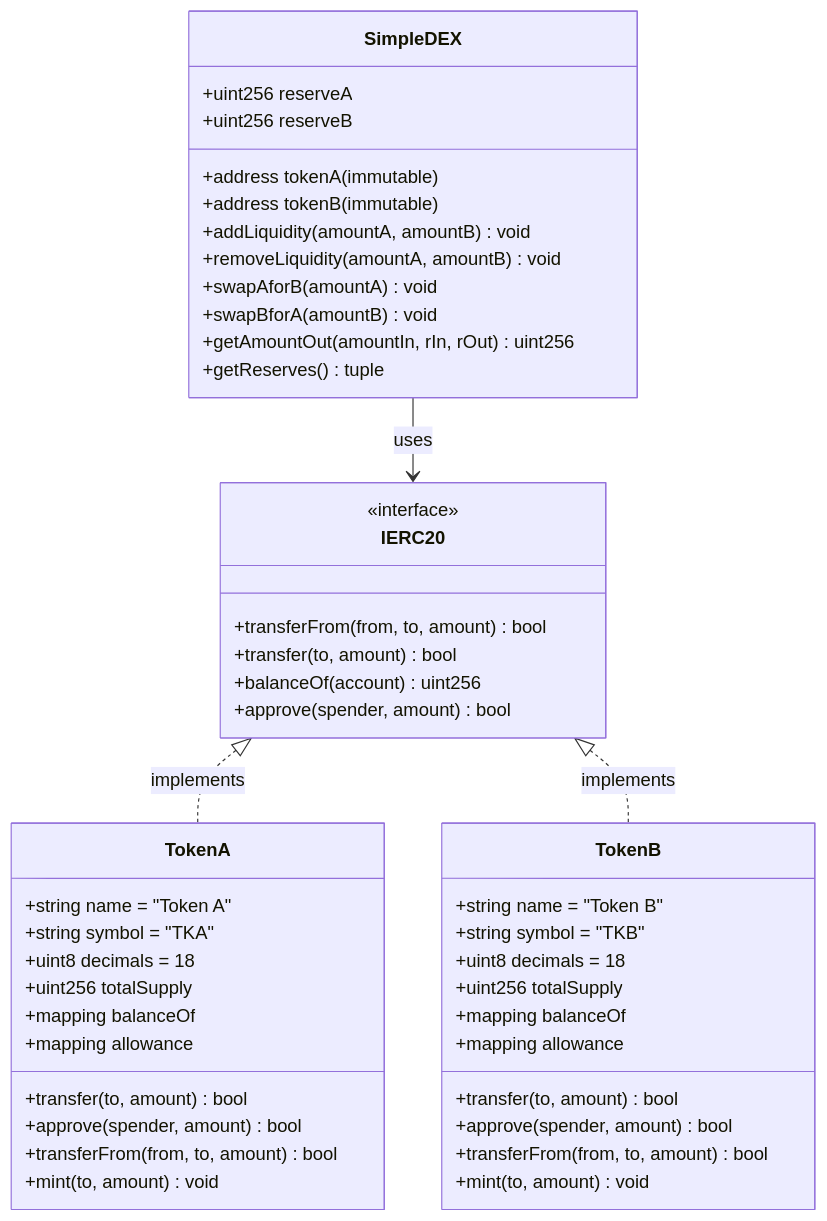
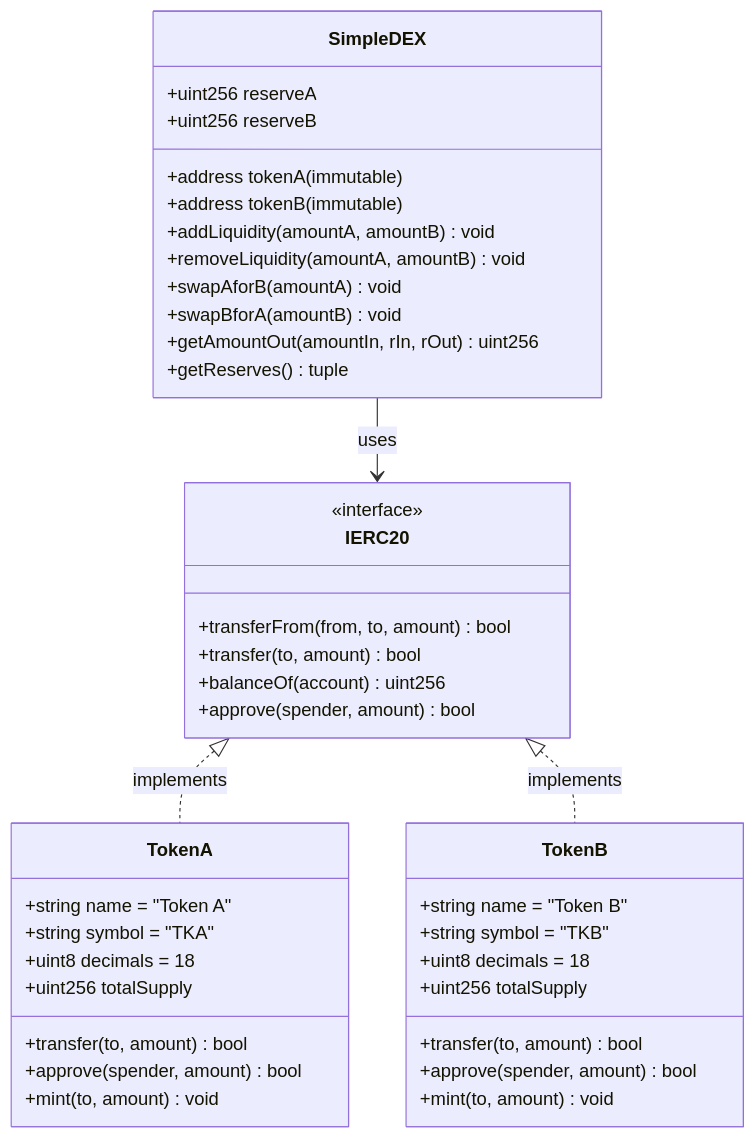
One commit to sohansarkar07/simple-dex-swap-liquidity- changed the eighth of 8 diagrams in README.md. Above: the diagram before and after it, drawn with Mermaid. The commit also changed other lines of this file, not shown here.

Commit message:
Redesign README: Centered header, new architecture and task pipeline diagrams

````diff
--- a/README.md
+++ b/README.md
@@ -222,53 +240,47 @@
 ```mermaid
 classDiagram
     class IERC20 {
         <<interface>>
         +transferFrom(from, to, amount) bool
         +transfer(to, amount) bool
         +balanceOf(account) uint256
         +approve(spender, amount) bool
     }
 
     class TokenA {
         +string name = "Token A"
         +string symbol = "TKA"
         +uint8 decimals = 18
         +uint256 totalSupply
-        +mapping balanceOf
-        +mapping allowance
         +transfer(to, amount) bool
         +approve(spender, amount) bool
-        +transferFrom(from, to, amount) bool
         +mint(to, amount) void
     }
 
     class TokenB {
         +string name = "Token B"
         +string symbol = "TKB"
         +uint8 decimals = 18
         +uint256 totalSupply
-        +mapping balanceOf
-        +mapping allowance
         +transfer(to, amount) bool
         +approve(spender, amount) bool
-        +transferFrom(from, to, amount) bool
         +mint(to, amount) void
     }
 
     class SimpleDEX {
         +address tokenA (immutable)
         +address tokenB (immutable)
         +uint256 reserveA
         +uint256 reserveB
         +addLiquidity(amountA, amountB) void
         +removeLiquidity(amountA, amountB) void
         +swapAforB(amountA) void
         +swapBforA(amountB) void
         +getAmountOut(amountIn, rIn, rOut) uint256
         +getReserves() tuple
     }
 
     IERC20 <|.. TokenA : implements
     IERC20 <|.. TokenB : implements
     SimpleDEX --> IERC20 : uses
 ```
````
